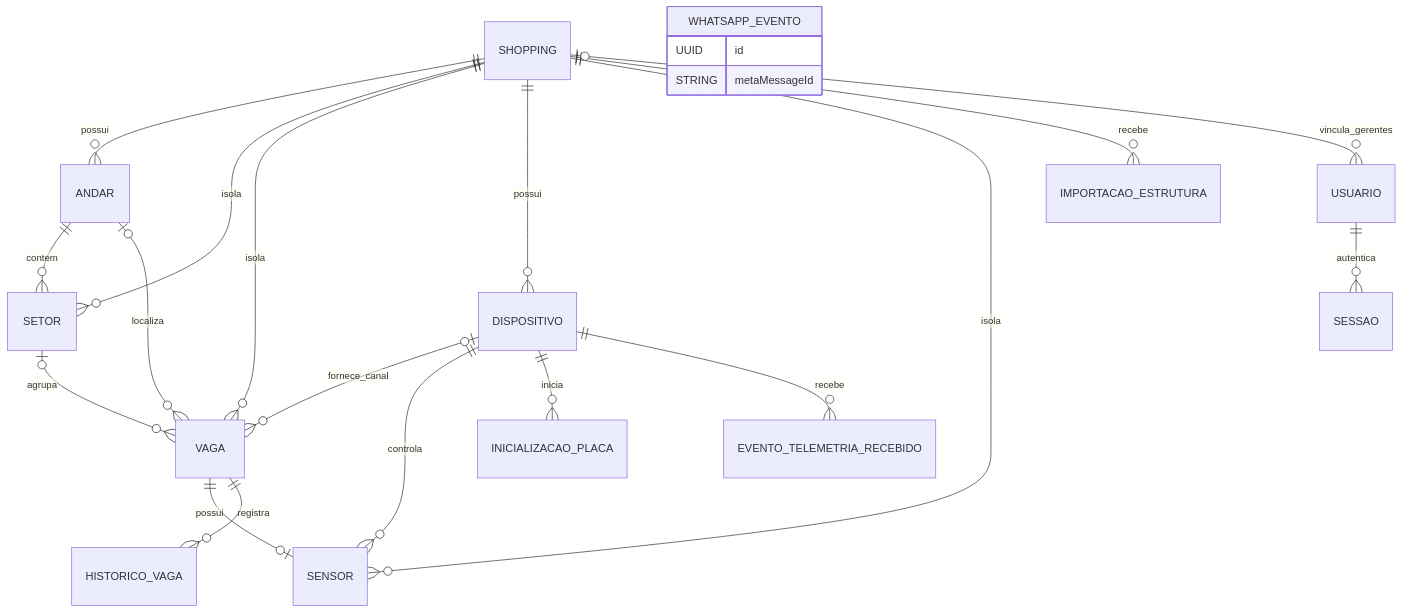
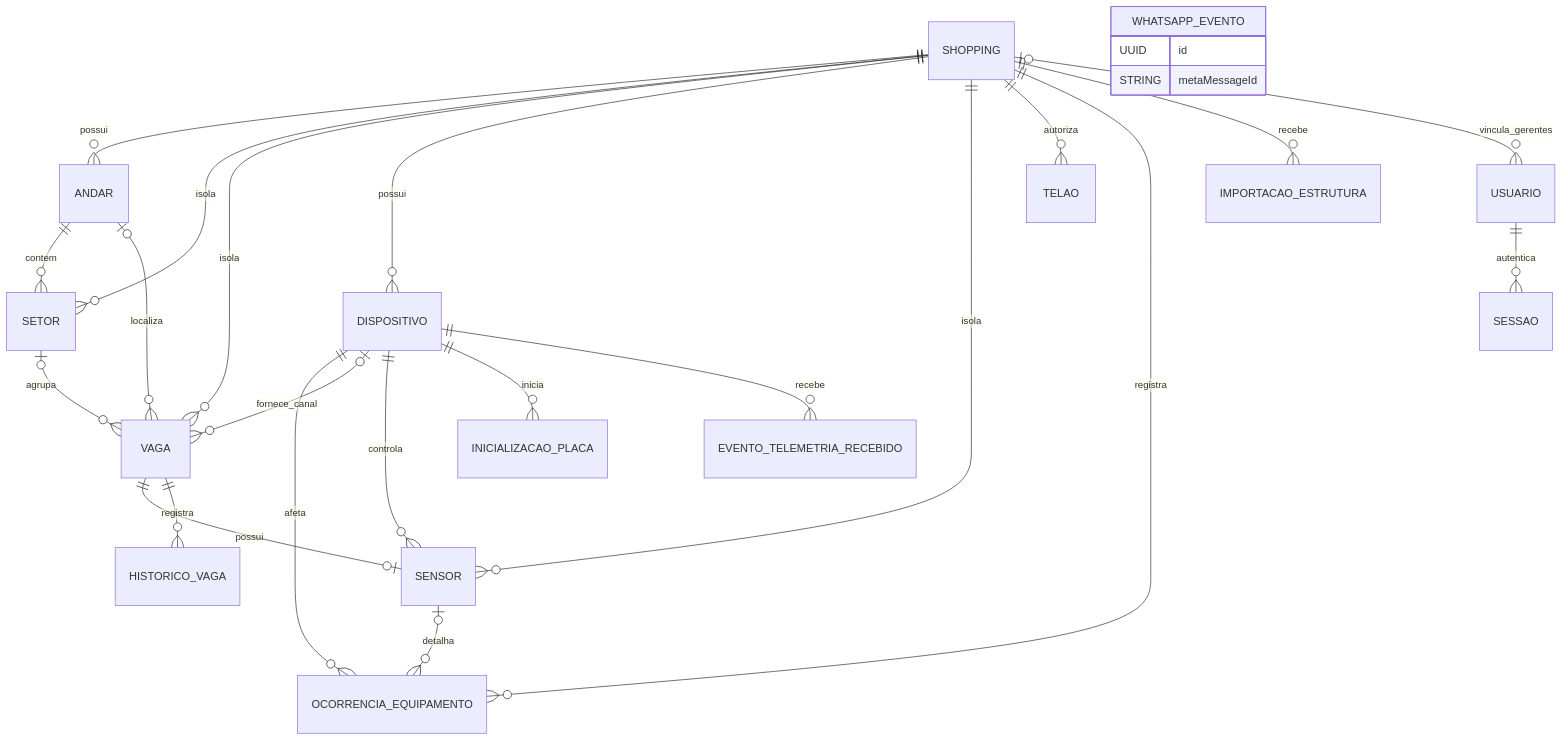
The diagram in segunda-mente/Vaggu/Documentação/modelo-de-dados.md (Pietro-August0/Vaggu), drawn with Mermaid before and after one commit. The commit also changed other lines of this file and 138 other files, not shown here.

````diff
--- a/segunda-mente/Vaggu/Documentação/modelo-de-dados.md
+++ b/segunda-mente/Vaggu/Documentação/modelo-de-dados.md
@@ -14,25 +14,29 @@
 ```mermaid
 erDiagram
     SHOPPING ||--o{ ANDAR : possui
     SHOPPING ||--o{ SETOR : isola
     SHOPPING ||--o{ VAGA : isola
     SHOPPING ||--o{ DISPOSITIVO : possui
     SHOPPING ||--o{ SENSOR : isola
+    SHOPPING ||--o{ TELAO : autoriza
+    SHOPPING ||--o{ OCORRENCIA_EQUIPAMENTO : registra
+    DISPOSITIVO ||--o{ OCORRENCIA_EQUIPAMENTO : afeta
+    SENSOR o|--o{ OCORRENCIA_EQUIPAMENTO : detalha
     SHOPPING ||--o{ IMPORTACAO_ESTRUTURA : recebe
     SHOPPING o|--o{ USUARIO : vincula_gerentes
     ANDAR ||--o{ SETOR : contem
     ANDAR o|--o{ VAGA : localiza
     SETOR o|--o{ VAGA : agrupa
     DISPOSITIVO o|--o{ VAGA : fornece_canal
     DISPOSITIVO ||--o{ SENSOR : controla
     VAGA ||--o| SENSOR : possui
     DISPOSITIVO ||--o{ INICIALIZACAO_PLACA : inicia
     DISPOSITIVO ||--o{ EVENTO_TELEMETRIA_RECEBIDO : recebe
     VAGA ||--o{ HISTORICO_VAGA : registra
     USUARIO ||--o{ SESSAO : autentica
 
     WHATSAPP_EVENTO {
       UUID id
       STRING metaMessageId
     }
 ```
````
